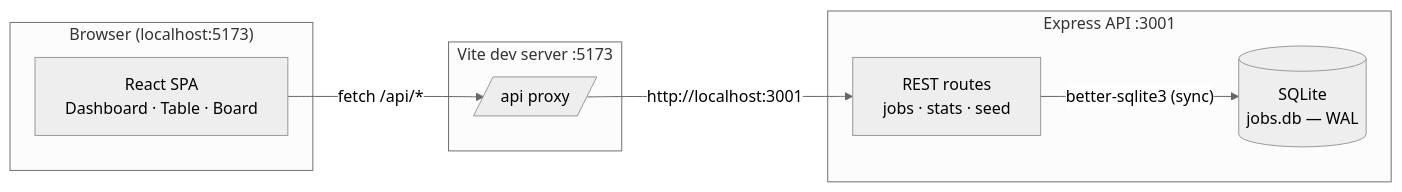
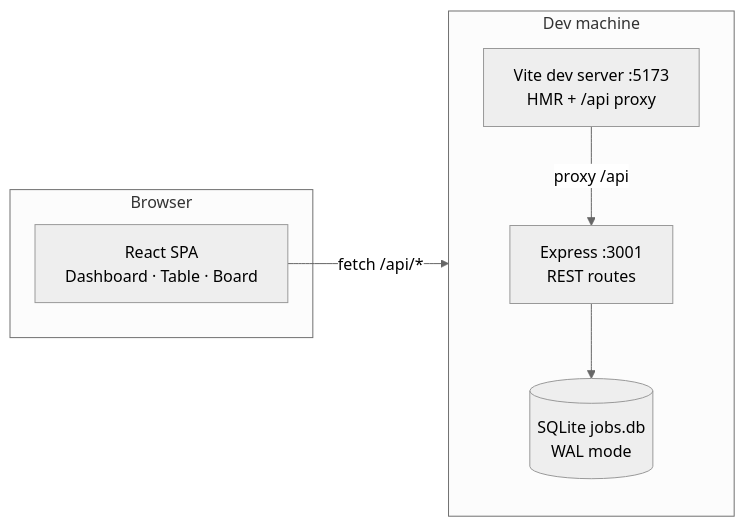
The first of 14 diagrams in ARCHITECTURE.md (CharlieJamesGwapo/jobflow), drawn with Mermaid (neutral theme) before and after one commit. The commit also changed other lines of this file, not shown here.

Commit message:
Expand ARCHITECTURE.md: 15 sections, 11 mermaid diagrams, decisions log

````diff
--- a/ARCHITECTURE.md
+++ b/ARCHITECTURE.md
@@ -17,19 +39,17 @@
 ```mermaid
 flowchart LR
-    subgraph Browser["Browser (localhost:5173)"]
-        UI[React SPA<br/>Dashboard · Table · Board]
+    subgraph Browser["Browser"]
+        UI["React SPA<br/>Dashboard · Table · Board"]
     end
 
-    subgraph Vite["Vite dev server :5173"]
-        P[/api proxy/]
+    subgraph Dev["Dev machine"]
+        direction TB
+        V["Vite dev server :5173<br/>HMR + /api proxy"]
+        E["Express :3001<br/>REST routes"]
+        S[("SQLite jobs.db<br/>WAL mode")]
+        V -->|"proxy /api"| E
+        E --> S
     end
 
-    subgraph API["Express API :3001"]
-        R[REST routes<br/>jobs · stats · seed]
-        DB[(SQLite<br/>jobs.db — WAL)]
-    end
-
-    UI -- "fetch /api/*" --> P
-    P -- "http://localhost:3001" --> R
-    R -- "better-sqlite3 (sync)" --> DB
+    UI -->|"fetch /api/*"| V
 ```
````
